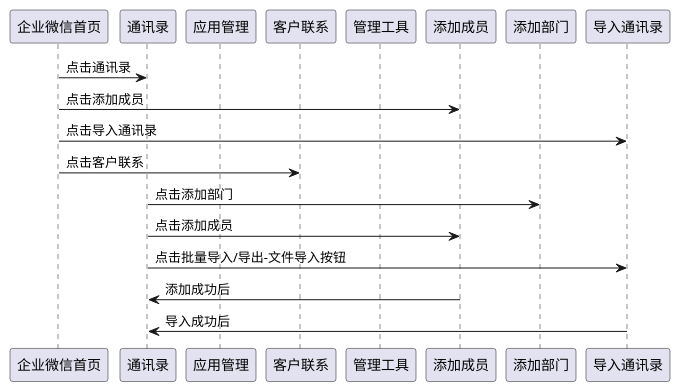
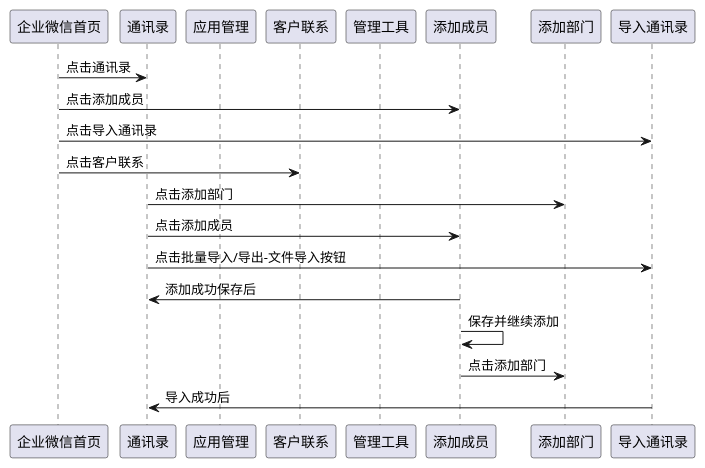
One commit to oscarli/hogwardsProject changed the diagram in test_web_wechat_04/测试用例.puml. Above: the diagram before and after it, drawn with PlantUML. The commit also changed 12 other files, not shown here.

```diff
--- a/test_web_wechat_04/测试用例.puml
+++ b/test_web_wechat_04/测试用例.puml
@@ -1,39 +1,33 @@
 @startuml
 
 participant 企业微信首页 as main
 
 participant 通讯录 as contact
 
 participant 应用管理 as ApplicationManagement
 
 participant 客户联系 as CustomerContact
 
 participant 管理工具 as managementTool
 
 participant 添加成员 as add_member
 
 participant 添加部门 as add_department
 
 participant 导入通讯录 as import_addressBook
 
 
-
 main -> contact: 点击通讯录
-
 main -> add_member: 点击添加成员
-
 main -> import_addressBook: 点击导入通讯录
-
 main -> CustomerContact: 点击客户联系
-
 contact -> add_department: 点击添加部门
-
 contact -> add_member: 点击添加成员
-
 contact -> import_addressBook :点击批量导入/导出-文件导入按钮
-
-add_member -> contact: 添加成功后
+add_member -> contact: 添加成功保存后
+add_member -> add_member: 保存并继续添加
+add_member -> add_department: 点击添加部门
 
 import_addressBook -> contact: 导入成功后
 
 @enduml
```
